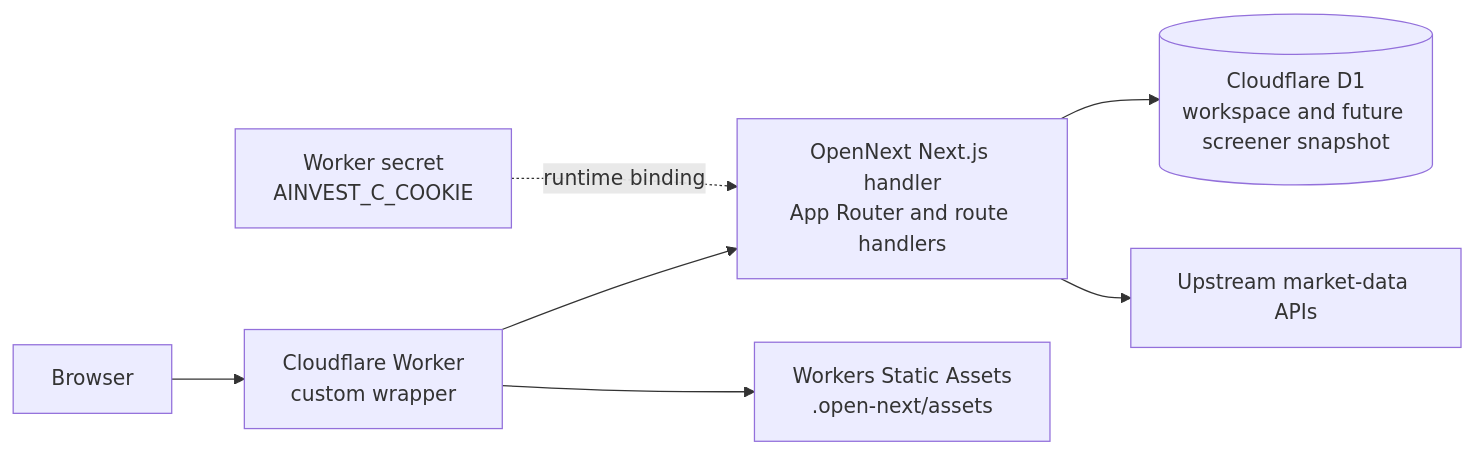
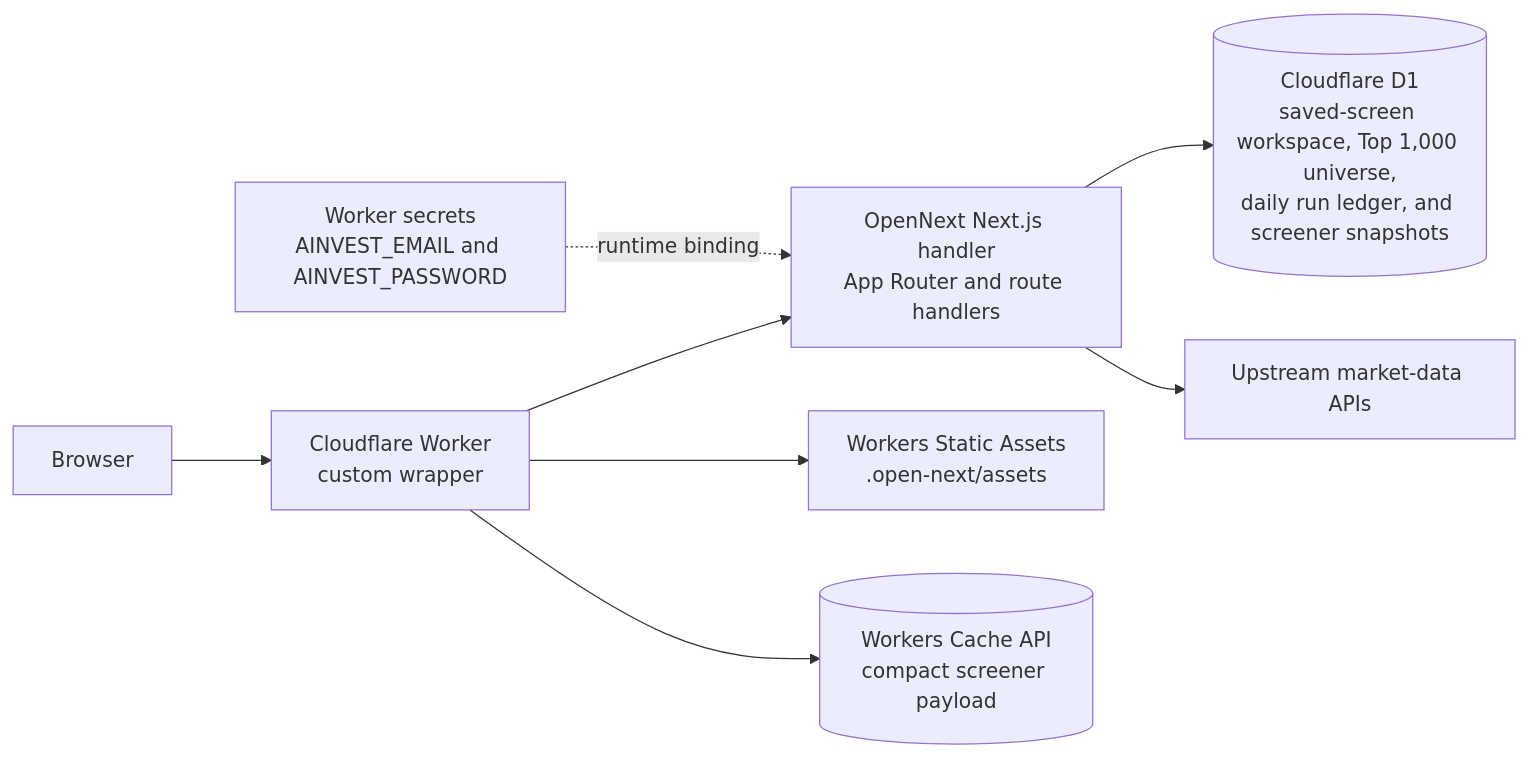
One commit to emeryxu1-blip/ValueInvestment changed the first of 2 diagrams in site/docs/cloudflare-architecture.md. Above: the diagram before and after it, drawn with Mermaid. The commit also changed other lines of this file and 116 other files, not shown here.

````diff
--- a/site/docs/cloudflare-architecture.md
+++ b/site/docs/cloudflare-architecture.md
@@ -33,17 +34,19 @@
 ```mermaid
 flowchart LR
     Browser["Browser"]
     Worker["Cloudflare Worker\ncustom wrapper"]
     OpenNext["OpenNext Next.js handler\nApp Router and route handlers"]
     Assets["Workers Static Assets\n.open-next/assets"]
-    D1[("Cloudflare D1\nworkspace and future screener snapshot")]
+    EdgeCache[("Workers Cache API\ncompact screener payload")]
+    D1[("Cloudflare D1\nsaved-screen workspace, Top 1,000 universe,\ndaily run ledger, and screener snapshots")]
     Market["Upstream market-data APIs"]
-    Secret["Worker secret\nAINVEST_C_COOKIE"]
+    Secret["Worker secrets\nAINVEST_EMAIL and AINVEST_PASSWORD"]
 
     Browser --> Worker
+    Worker --> EdgeCache
     Worker --> OpenNext
     Worker --> Assets
     OpenNext --> D1
     OpenNext --> Market
     Secret -. runtime binding .-> OpenNext
 ```
````
